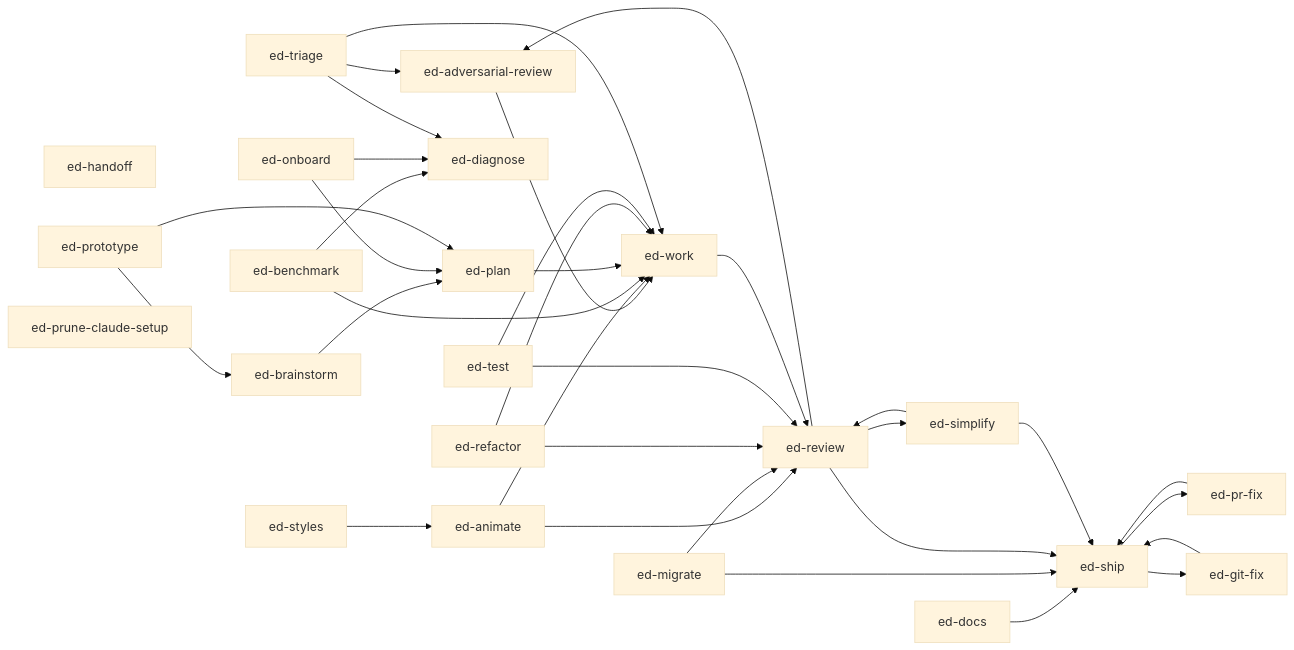
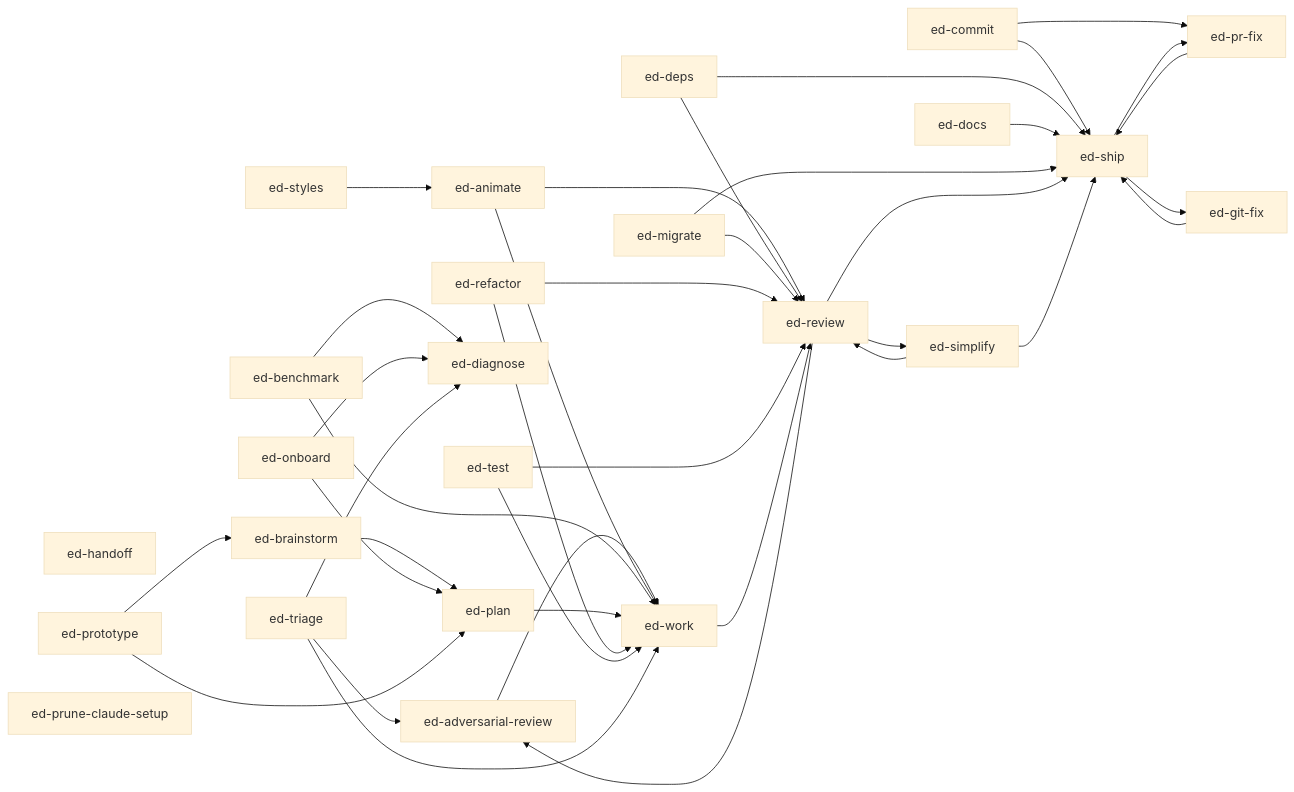
The diagram in docs/SKILL-MAP.md (emiliodominguez/flow-skills), drawn with Mermaid (base theme) before and after one commit. The commit also changed other lines of this file and 11 other files, not shown here.

First line of the commit message:
feat: add ed-deps and ed-commit skills, repo CLAUDE.md, private docs

````diff
--- a/docs/SKILL-MAP.md
+++ b/docs/SKILL-MAP.md
@@ -9,57 +9,63 @@
 ```mermaid
 flowchart LR
   ed_adversarial_review["ed-adversarial-review"]
   ed_animate["ed-animate"]
   ed_benchmark["ed-benchmark"]
   ed_brainstorm["ed-brainstorm"]
+  ed_commit["ed-commit"]
+  ed_deps["ed-deps"]
   ed_diagnose["ed-diagnose"]
   ed_docs["ed-docs"]
   ed_git_fix["ed-git-fix"]
   ed_handoff["ed-handoff"]
   ed_migrate["ed-migrate"]
   ed_onboard["ed-onboard"]
   ed_plan["ed-plan"]
   ed_pr_fix["ed-pr-fix"]
   ed_prototype["ed-prototype"]
   ed_prune_claude_setup["ed-prune-claude-setup"]
   ed_refactor["ed-refactor"]
   ed_review["ed-review"]
   ed_ship["ed-ship"]
   ed_simplify["ed-simplify"]
   ed_styles["ed-styles"]
   ed_test["ed-test"]
   ed_triage["ed-triage"]
   ed_work["ed-work"]
   ed_adversarial_review --> ed_work
   ed_animate --> ed_work
   ed_animate --> ed_review
   ed_benchmark --> ed_diagnose
   ed_benchmark --> ed_work
   ed_brainstorm --> ed_plan
+  ed_commit --> ed_ship
+  ed_commit --> ed_pr_fix
+  ed_deps --> ed_review
+  ed_deps --> ed_ship
   ed_docs --> ed_ship
   ed_git_fix --> ed_ship
   ed_migrate --> ed_review
   ed_migrate --> ed_ship
   ed_onboard --> ed_plan
   ed_onboard --> ed_diagnose
   ed_plan --> ed_work
   ed_pr_fix --> ed_ship
   ed_prototype --> ed_brainstorm
   ed_prototype --> ed_plan
   ed_refactor --> ed_work
   ed_refactor --> ed_review
   ed_review --> ed_adversarial_review
   ed_review --> ed_simplify
   ed_review --> ed_ship
   ed_ship --> ed_pr_fix
   ed_ship --> ed_git_fix
   ed_simplify --> ed_review
   ed_simplify --> ed_ship
   ed_styles --> ed_animate
   ed_test --> ed_work
   ed_test --> ed_review
   ed_triage --> ed_diagnose
   ed_triage --> ed_work
   ed_triage --> ed_adversarial_review
   ed_work --> ed_review
 ```
````
